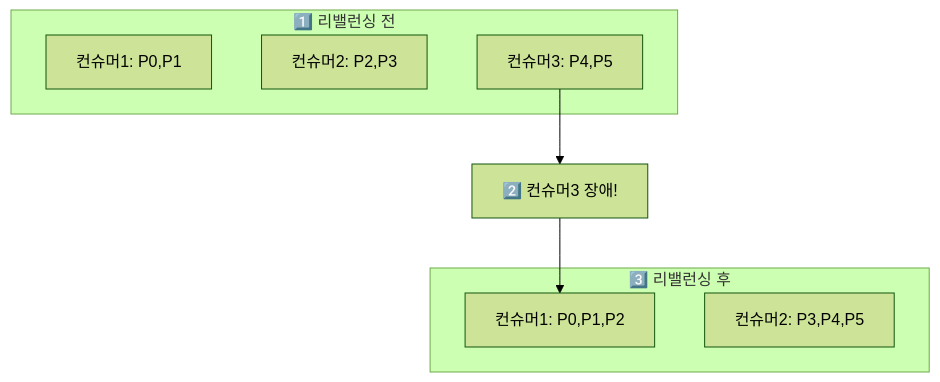
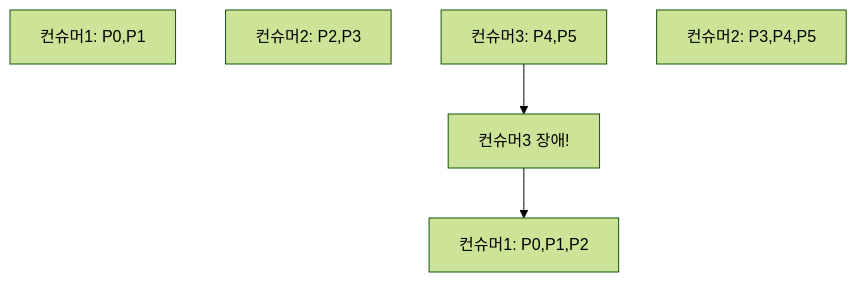
The fifth of 12 diagrams in _posts/kafka/2026-05-02-kafka-deep.md (yjkim2015/yjkim2015.github.io), drawn with Mermaid (forest theme) before and after one commit. The commit also changed other lines of this file and 155 other files, not shown here.

First line of the commit message:
Mermaid 전면 수정: subgraph 제거, participant/노드/줄수 축소 (342블록)

````diff
--- a/_posts/kafka/2026-05-02-kafka-deep.md
+++ b/_posts/kafka/2026-05-02-kafka-deep.md
@@ -264,14 +258,10 @@
 ```mermaid
 graph TD
-    subgraph "1️⃣ 리밸런싱 전"
-        C1a["컨슈머1: P0,P1"]
-        C2a["컨슈머2: P2,P3"]
-        C3a["컨슈머3: P4,P5"]
-    end
-    Event["2️⃣ 컨슈머3 장애!"]
-    subgraph "3️⃣ 리밸런싱 후"
-        C1b["컨슈머1: P0,P1,P2"]
-        C2b["컨슈머2: P3,P4,P5"]
-    end
+    C1a["컨슈머1: P0,P1"]
+    C2a["컨슈머2: P2,P3"]
+    C3a["컨슈머3: P4,P5"]
+    Event["컨슈머3 장애!"]
+    C1b["컨슈머1: P0,P1,P2"]
+    C2b["컨슈머2: P3,P4,P5"]
     C3a --> Event --> C1b
 ```
````
